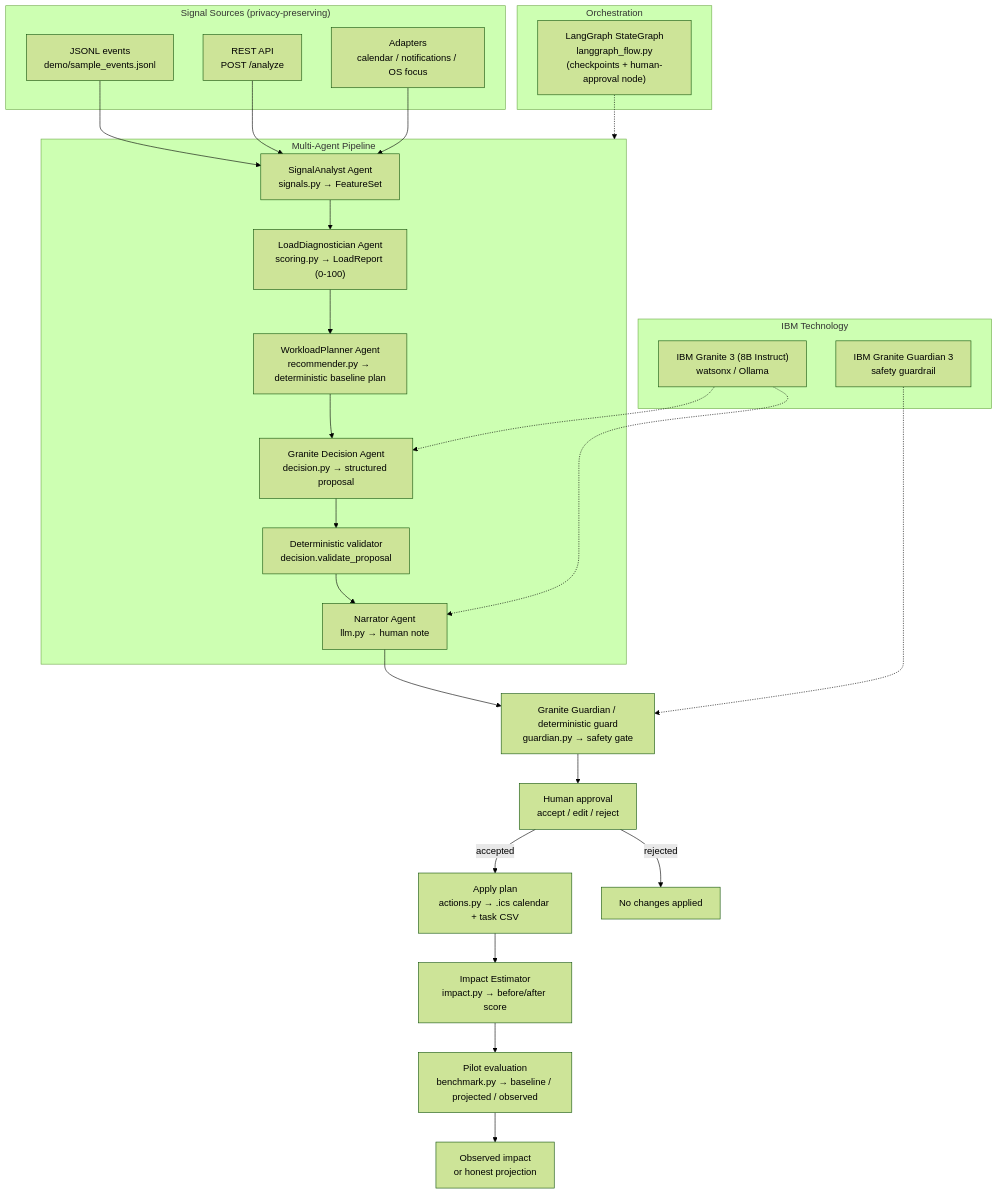
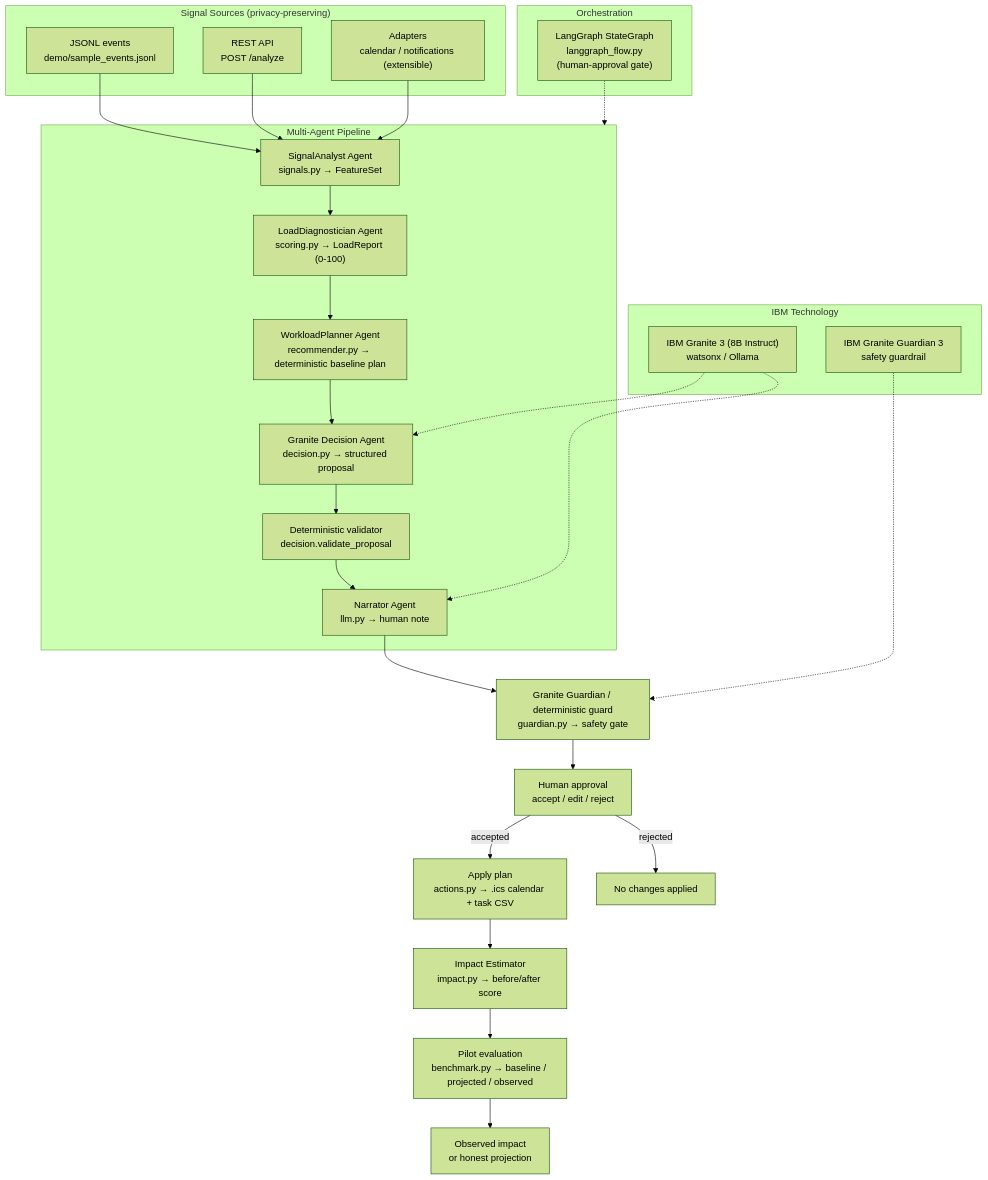
Before and after one commit to Aitor42/cognitive-load-ai-coworker: the diagram in docs/architecture.mmd, drawn with Mermaid (forest theme). The commit also changed 2 other files, not shown here.

```diff
--- a/docs/architecture.mmd
+++ b/docs/architecture.mmd
@@ -1,51 +1,51 @@
 %% LoadGuard system architecture (renders natively in GitHub Markdown).
 flowchart TB
     subgraph Inputs["Signal Sources (privacy-preserving)"]
         JSONL["JSONL events<br/>demo/sample_events.jsonl"]
         REST["REST API<br/>POST /analyze"]
-        ADAPT["Adapters<br/>calendar / notifications / OS focus"]
+        ADAPT["Adapters<br/>calendar / notifications (extensible)"]
     end
 
     subgraph Agents["Multi-Agent Pipeline"]
         SA["SignalAnalyst Agent<br/>signals.py → FeatureSet"]
         LD["LoadDiagnostician Agent<br/>scoring.py → LoadReport (0-100)"]
         WP["WorkloadPlanner Agent<br/>recommender.py → deterministic baseline plan"]
         DA["Granite Decision Agent<br/>decision.py → structured proposal"]
         GATE["Deterministic validator<br/>decision.validate_proposal"]
         NA["Narrator Agent<br/>llm.py → human note"]
     end
 
     GUARD["Granite Guardian / deterministic guard<br/>guardian.py → safety gate"]
     HUMAN["Human approval<br/>accept / edit / reject"]
     ACT["Apply plan<br/>actions.py → .ics calendar + task CSV"]
     IMP["Impact Estimator<br/>impact.py → before/after score"]
     MEAS["Pilot evaluation<br/>benchmark.py → baseline / projected / observed"]
 
     subgraph LLM["IBM Technology"]
         GRANITE["IBM Granite 3 (8B Instruct)<br/>watsonx / Ollama"]
         GUARDIAN["IBM Granite Guardian 3<br/>safety guardrail"]
     end
 
     subgraph ORCH["Orchestration"]
-        LG["LangGraph StateGraph<br/>langgraph_flow.py<br/>(checkpoints + human-approval node)"]
+        LG["LangGraph StateGraph<br/>langgraph_flow.py<br/>(human-approval gate)"]
     end
 
     JSONL --> SA
     REST --> SA
     ADAPT --> SA
     SA --> LD
     LD --> WP
     WP --> DA
     DA --> GATE
     GATE --> NA
     NA --> GUARD
     GUARD --> HUMAN
     HUMAN -->|accepted| ACT
     HUMAN -->|rejected| OUT_REJ["No changes applied"]
     ACT --> IMP
     IMP --> MEAS
     MEAS --> OUT["Observed impact<br/>or honest projection"]
     GRANITE -.-> NA
     GRANITE -.-> DA
     GUARDIAN -.-> GUARD
     LG -.-> Agents
```
